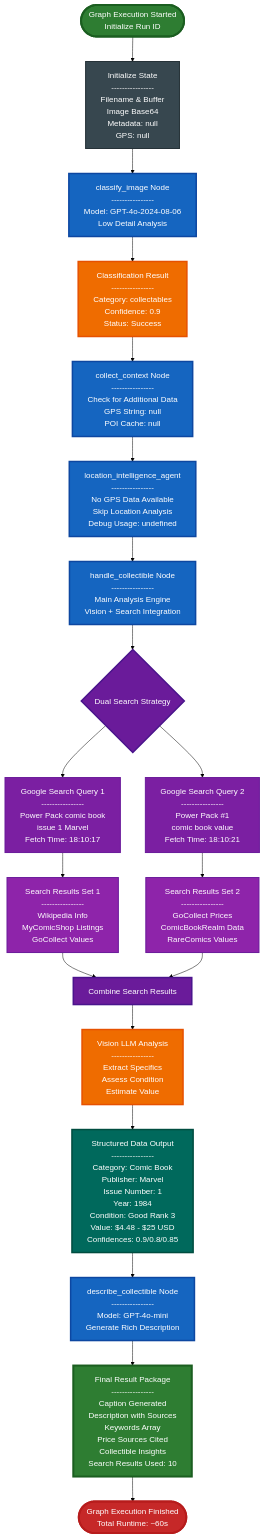
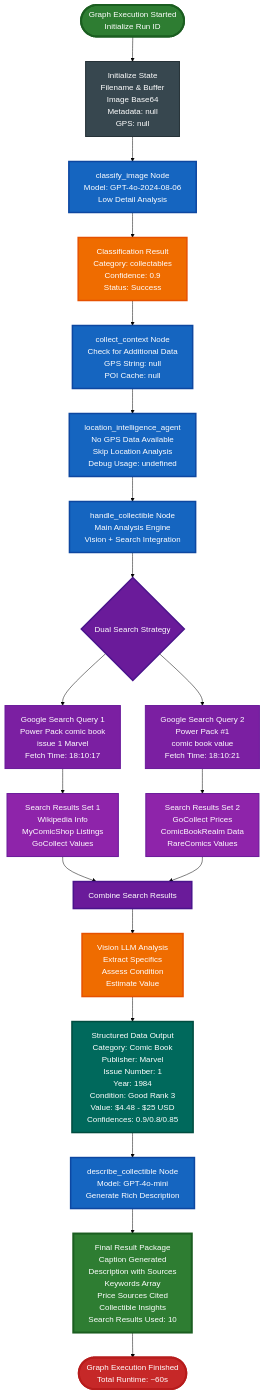
Before and after one commit to Inouye165/React-Photo-App: the diagram in docs/pipeline-graphs/collectibles-flowchart.md, drawn with Mermaid (forest theme). The commit also changed 1 other file, not shown here.

Commit message:
Cleanup mermaid syntax and remove html fallback

````diff
--- a/docs/pipeline-graphs/collectibles-flowchart.md
+++ b/docs/pipeline-graphs/collectibles-flowchart.md
@@ -4,56 +4,56 @@
 ```mermaid
 graph TD
-    Start(["Graph Execution Started<br/>Initialize Run ID"]) --> Init["Initialize State<br/>----------------<br/>Filename & Buffer<br/>Image Base64<br/>Metadata: null<br/>GPS: null"]
+    Start(["Graph Execution Started<br/>Initialize Run ID"]) --> Init["Initialize State<br/>Filename & Buffer<br/>Image Base64<br/>Metadata: null<br/>GPS: null"]
     
-    Init --> ClassifyNode["classify_image Node<br/>----------------<br/>Model: GPT-4o-2024-08-06<br/>Low Detail Analysis"]
+    Init --> ClassifyNode["classify_image Node<br/>Model: GPT-4o-2024-08-06<br/>Low Detail Analysis"]
     
-    ClassifyNode --> ClassifyResult["Classification Result<br/>----------------<br/>Category: collectables<br/>Confidence: 0.9<br/>Status: Success"]
+    ClassifyNode --> ClassifyResult["Classification Result<br/>Category: collectables<br/>Confidence: 0.9<br/>Status: Success"]
     
-    ClassifyResult --> ContextNode["collect_context Node<br/>----------------<br/>Check for Additional Data<br/>GPS String: null<br/>POI Cache: null"]
+    ClassifyResult --> ContextNode["collect_context Node<br/>Check for Additional Data<br/>GPS String: null<br/>POI Cache: null"]
     
-    ContextNode --> LocationNode["location_intelligence_agent<br/>----------------<br/>No GPS Data Available<br/>Skip Location Analysis<br/>Debug Usage: undefined"]
+    ContextNode --> LocationNode["location_intelligence_agent<br/>No GPS Data Available<br/>Skip Location Analysis<br/>Debug Usage: undefined"]
     
-    LocationNode --> HandleNode["handle_collectible Node<br/>----------------<br/>Main Analysis Engine<br/>Vision + Search Integration"]
+    LocationNode --> HandleNode["handle_collectible Node<br/>Main Analysis Engine<br/>Vision + Search Integration"]
     
     HandleNode --> SearchPhase{"Dual Search Strategy"}
     
-    SearchPhase --> SearchA["Google Search Query 1<br/>----------------<br/>Power Pack comic book<br/>issue 1 Marvel<br/>Fetch Time: 18:10:17"]
+    SearchPhase --> SearchA["Google Search Query 1<br/>Power Pack comic book<br/>issue 1 Marvel<br/>Fetch Time: 18:10:17"]
     
-    SearchPhase --> SearchB["Google Search Query 2<br/>----------------<br/>Power Pack #1<br/>comic book value<br/>Fetch Time: 18:10:21"]
+    SearchPhase --> SearchB["Google Search Query 2<br/>Power Pack #1<br/>comic book value<br/>Fetch Time: 18:10:21"]
     
-    SearchA --> Results1["Search Results Set 1<br/>----------------<br/>Wikipedia Info<br/>MyComicShop Listings<br/>GoCollect Values"]
+    SearchA --> Results1["Search Results Set 1<br/>Wikipedia Info<br/>MyComicShop Listings<br/>GoCollect Values"]
     
-    SearchB --> Results2["Search Results Set 2<br/>----------------<br/>GoCollect Prices<br/>ComicBookRealm Data<br/>RareComics Values"]
+    SearchB --> Results2["Search Results Set 2<br/>GoCollect Prices<br/>ComicBookRealm Data<br/>RareComics Values"]
     
     Results1 --> Merge["Combine Search Results"]
     Results2 --> Merge
     
-    Merge --> Analysis["Vision LLM Analysis<br/>----------------<br/>Extract Specifics<br/>Assess Condition<br/>Estimate Value"]
+    Merge --> Analysis["Vision LLM Analysis<br/>Extract Specifics<br/>Assess Condition<br/>Estimate Value"]
     
-    Analysis --> AnalysisData["Structured Data Output<br/>----------------<br/>Category: Comic Book<br/>Publisher: Marvel<br/>Issue Number: 1<br/>Year: 1984<br/>Condition: Good Rank 3<br/>Value: $4.48 - $25 USD<br/>Confidences: 0.9/0.8/0.85"]
+    Analysis --> AnalysisData["Structured Data Output<br/>Category: Comic Book<br/>Publisher: Marvel<br/>Issue Number: 1<br/>Year: 1984<br/>Condition: Good Rank 3<br/>Value: $4.48 - $25 USD<br/>Confidences: 0.9/0.8/0.85"]
     
-    AnalysisData --> DescribeNode["describe_collectible Node<br/>----------------<br/>Model: GPT-4o-mini<br/>Generate Rich Description"]
+    AnalysisData --> DescribeNode["describe_collectible Node<br/>Model: GPT-4o-mini<br/>Generate Rich Description"]
     
-    DescribeNode --> FinalOutput["Final Result Package<br/>----------------<br/>Caption Generated<br/>Description with Sources<br/>Keywords Array<br/>Price Sources Cited<br/>Collectible Insights<br/>Search Results Used: 10"]
+    DescribeNode --> FinalOutput["Final Result Package<br/>Caption Generated<br/>Description with Sources<br/>Keywords Array<br/>Price Sources Cited<br/>Collectible Insights<br/>Search Results Used: 10"]
     
     FinalOutput --> End(["Graph Execution Finished<br/>Total Runtime: ~60s"])
     
     style Start fill:#2e7d32,stroke:#1b5e20,stroke-width:4px,color:#fff
     style End fill:#c62828,stroke:#b71c1c,stroke-width:4px,color:#fff
     style ClassifyNode fill:#1565c0,stroke:#0d47a1,stroke-width:3px,color:#fff
     style ContextNode fill:#1565c0,stroke:#0d47a1,stroke-width:3px,color:#fff
     style LocationNode fill:#1565c0,stroke:#0d47a1,stroke-width:3px,color:#fff
     style HandleNode fill:#1565c0,stroke:#0d47a1,stroke-width:3px,color:#fff
     style DescribeNode fill:#1565c0,stroke:#0d47a1,stroke-width:3px,color:#fff
     style ClassifyResult fill:#ef6c00,stroke:#e65100,stroke-width:3px,color:#fff
     style Analysis fill:#ef6c00,stroke:#e65100,stroke-width:3px,color:#fff
     style SearchPhase fill:#6a1b9a,stroke:#4a148c,stroke-width:3px,color:#fff
     style SearchA fill:#7b1fa2,stroke:#6a1b9a,stroke-width:2px,color:#fff
     style SearchB fill:#7b1fa2,stroke:#6a1b9a,stroke-width:2px,color:#fff
     style Results1 fill:#8e24aa,stroke:#6a1b9a,stroke-width:2px,color:#fff
     style Results2 fill:#8e24aa,stroke:#6a1b9a,stroke-width:2px,color:#fff
     style Merge fill:#6a1b9a,stroke:#4a148c,stroke-width:3px,color:#fff
     style AnalysisData fill:#00695c,stroke:#004d40,stroke-width:3px,color:#fff
     style FinalOutput fill:#2e7d32,stroke:#1b5e20,stroke-width:4px,color:#fff
     style Init fill:#37474f,stroke:#263238,stroke-width:2px,color:#fff
 ```
````
